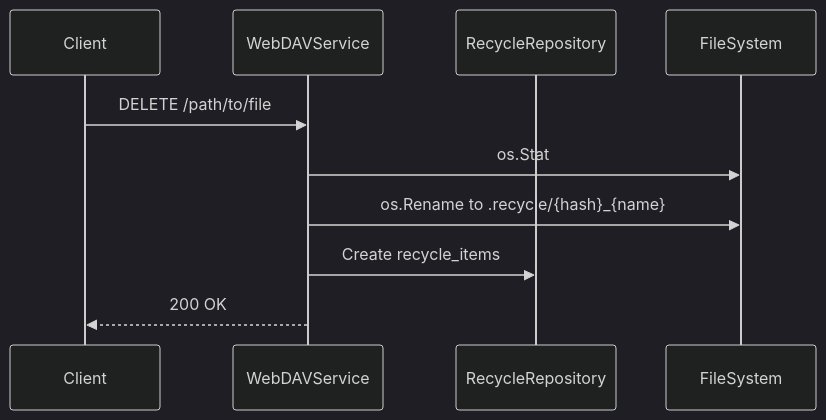
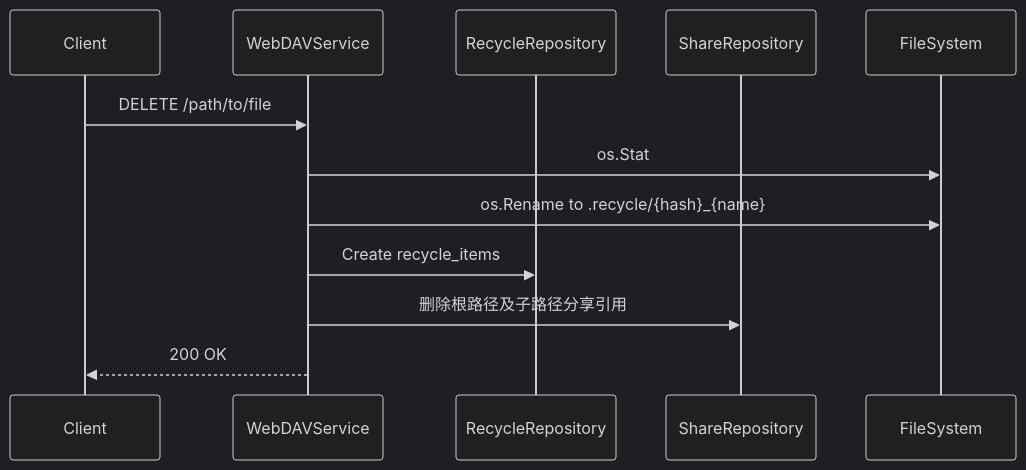
The second of 2 diagrams in docs/WebDAV请求处理流程.md (haiqinma/warehouse), drawn with Mermaid (dark theme) before and after one commit. The commit also changed other lines of this file and 14 other files, not shown here.

````diff
--- a/docs/WebDAV请求处理流程.md
+++ b/docs/WebDAV请求处理流程.md
@@ -86,13 +86,15 @@
 ```mermaid
 sequenceDiagram
     participant C as Client
     participant S as WebDAVService
     participant R as RecycleRepository
+    participant SR as ShareRepository
     participant FS as FileSystem
 
     C->>S: DELETE /path/to/file
     S->>FS: os.Stat
     S->>FS: os.Rename to .recycle/{hash}_{name}
     S->>R: Create recycle_items
+    S->>SR: 删除根路径及子路径分享引用
     S-->>C: 200 OK
 ```
````
